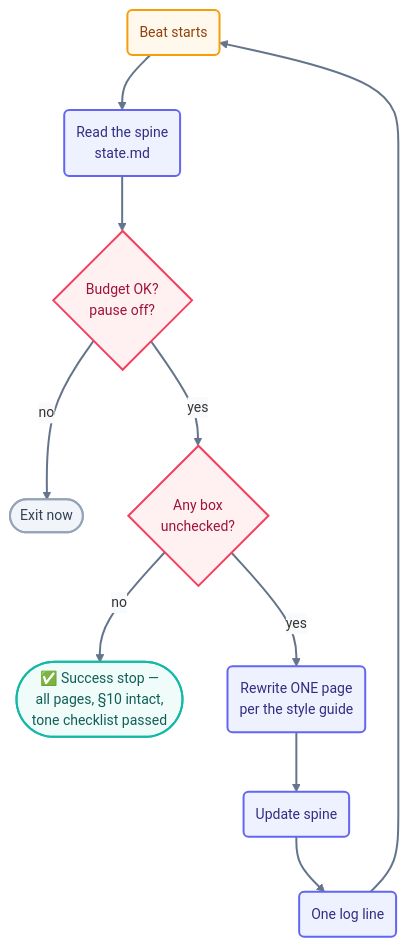
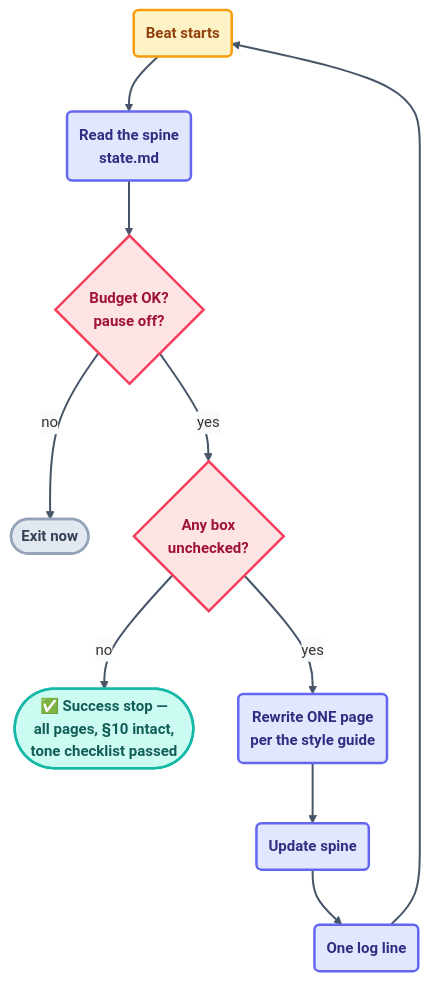
Before and after one commit to ayeshakhalid192007-dev/LoopEngineering-CrashCourse: the diagram in loops/day2/step-writer/loop.md, drawn with Mermaid. The commit also changed 66 other files, not shown here.

First line of the commit message:
docs(diagrams): visibly bolder pass — deeper fills, heavier strokes, semibold labels

````diff
--- a/loops/day2/step-writer/loop.md
+++ b/loops/day2/step-writer/loop.md
@@ -91,17 +91,17 @@
 ```mermaid
-%%{init: {'theme':'base','themeVariables':{'fontFamily':'ui-sans-serif, system-ui, sans-serif','fontSize':'14px','lineColor':'#64748b','edgeLabelBackground':'#f8fafc'},'flowchart':{'curve':'basis','nodeSpacing':45,'rankSpacing':55,'padding':12}}}%%
+%%{init: {'theme':'base','themeVariables':{'fontFamily':'ui-sans-serif, system-ui, sans-serif','fontSize':'15px','lineColor':'#475569','edgeLabelBackground':'#f8fafc'},'flowchart':{'curve':'basis','nodeSpacing':45,'rankSpacing':55,'padding':12}}}%%
 flowchart TD
     S("Beat starts"):::time --> SPINE("Read the spine<br/>state.md"):::beat
     SPINE --> BUDGET{"Budget OK?<br/>pause off?"}:::limit
     BUDGET -->|no| EXIT(["Exit now"]):::stop
     BUDGET -->|yes| DONE{"Any box<br/>unchecked?"}:::limit
     DONE -->|no| WIN(["✅ Success stop —<br/>all pages, §10 intact,<br/>tone checklist passed"]):::win
     DONE -->|yes| WORK("Rewrite ONE page<br/>per the style guide"):::beat
     WORK --> UPD("Update spine"):::beat --> LOG("One log line"):::beat --> S
-    linkStyle default stroke:#64748b,stroke-width:2px;
-    classDef time fill:#fef9ec,stroke:#f59e0b,stroke-width:2px,color:#92400e;
-    classDef beat fill:#eef2ff,stroke:#6366f1,stroke-width:2px,color:#312e81;
-    classDef limit fill:#fff1f2,stroke:#f43f5e,stroke-width:2px,color:#9f1239;
-    classDef stop fill:#f1f5f9,stroke:#94a3b8,stroke-width:2px,color:#334155;
-    classDef win fill:#effcf9,stroke:#14b8a6,stroke-width:2px,color:#115e59;
+    linkStyle default stroke:#475569,stroke-width:2px;
+    classDef time fill:#fef3c7,stroke:#f59e0b,stroke-width:2.5px,color:#92400e,font-weight:600;
+    classDef beat fill:#e0e7ff,stroke:#6366f1,stroke-width:2.5px,color:#312e81,font-weight:600;
+    classDef limit fill:#ffe4e6,stroke:#f43f5e,stroke-width:2.5px,color:#9f1239,font-weight:600;
+    classDef stop fill:#e2e8f0,stroke:#94a3b8,stroke-width:2.5px,color:#334155,font-weight:600;
+    classDef win fill:#ccfbf1,stroke:#14b8a6,stroke-width:2.5px,color:#115e59,font-weight:600;
 ```
````
